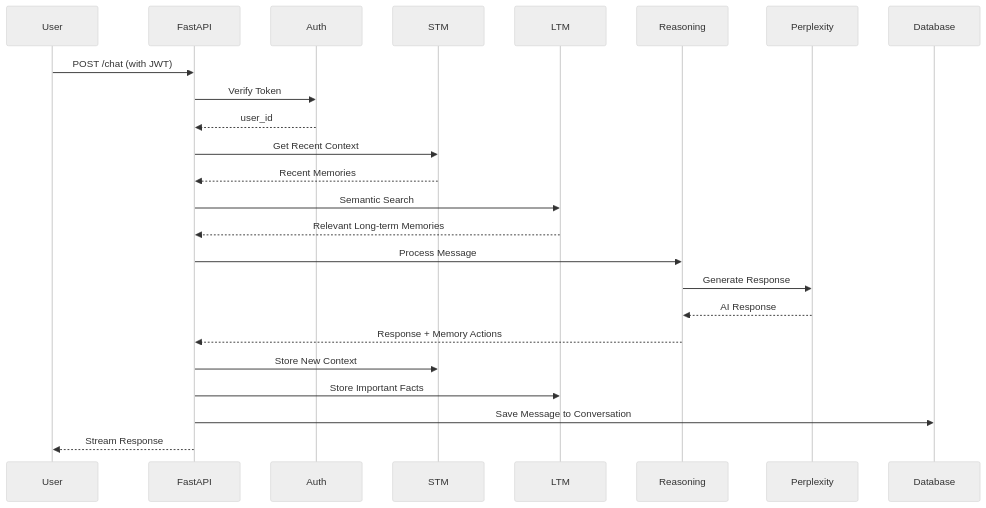
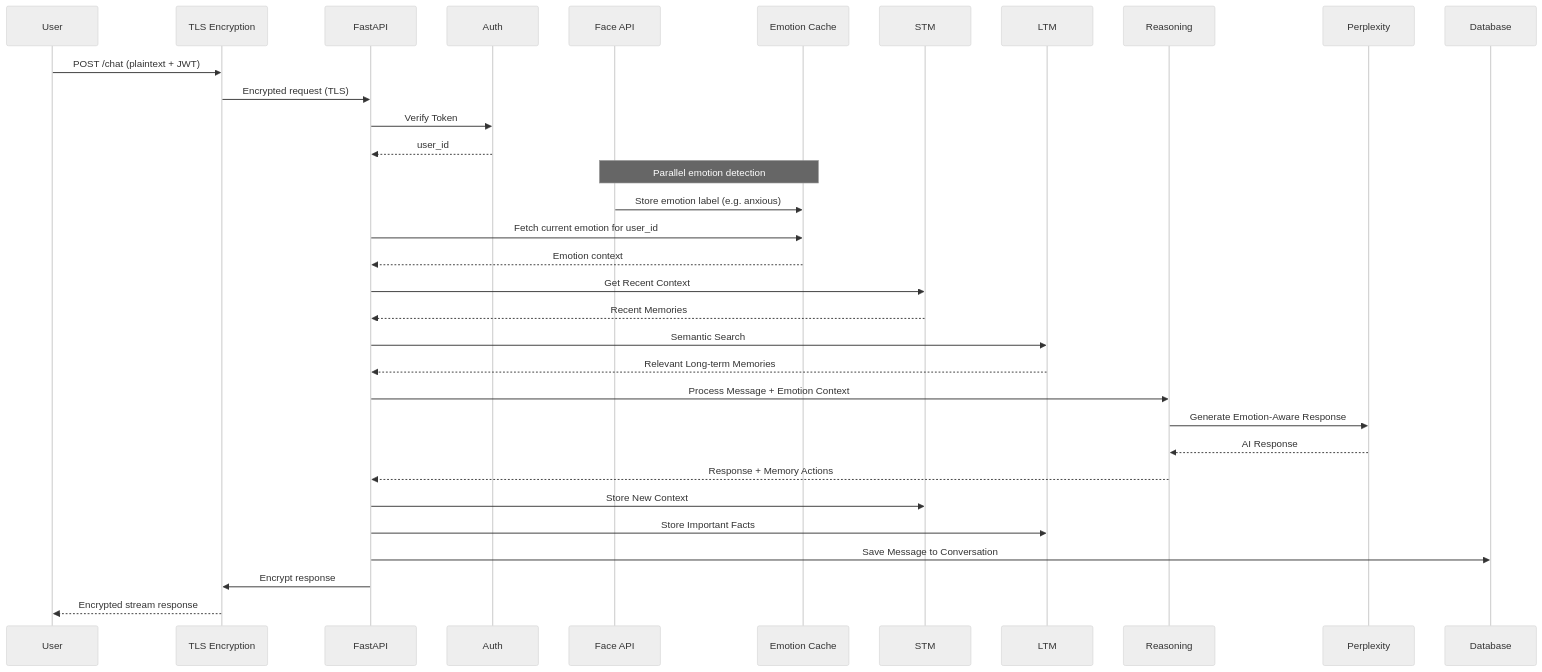
The second of 4 diagrams in README.md (Shashwat-Akhilesh-Shukla/Cognitive-AI), drawn with Mermaid (neutral theme) before and after one commit. The commit also changed other lines of this file and 4 other files, not shown here.

````diff
--- a/README.md
+++ b/README.md
@@ -117,32 +129,42 @@
 ```mermaid
 sequenceDiagram
     participant User
+    participant TLS as TLS Encryption
     participant FastAPI
     participant Auth
+    participant FaceAPI as Face API
+    participant EmotionCache as Emotion Cache
     participant STM
     participant LTM
     participant Reasoning
     participant Perplexity
     participant Database
-    
-    User->>FastAPI: POST /chat (with JWT)
+
+    User->>TLS: POST /chat (plaintext + JWT)
+    TLS->>FastAPI: Encrypted request (TLS)
     FastAPI->>Auth: Verify Token
     Auth-->>FastAPI: user_id
-    
+
+    Note over FaceAPI,EmotionCache: Parallel emotion detection
+    FaceAPI->>EmotionCache: Store emotion label (e.g. anxious)
+    FastAPI->>EmotionCache: Fetch current emotion for user_id
+    EmotionCache-->>FastAPI: Emotion context
+
     FastAPI->>STM: Get Recent Context
     STM-->>FastAPI: Recent Memories
-    
+
     FastAPI->>LTM: Semantic Search
     LTM-->>FastAPI: Relevant Long-term Memories
-    
-    FastAPI->>Reasoning: Process Message
-    Reasoning->>Perplexity: Generate Response
+
+    FastAPI->>Reasoning: Process Message + Emotion Context
+    Reasoning->>Perplexity: Generate Emotion-Aware Response
     Perplexity-->>Reasoning: AI Response
     Reasoning-->>FastAPI: Response + Memory Actions
-    
+
     FastAPI->>STM: Store New Context
     FastAPI->>LTM: Store Important Facts
     FastAPI->>Database: Save Message to Conversation
-    
-    FastAPI-->>User: Stream Response
+
+    FastAPI->>TLS: Encrypt response
+    TLS-->>User: Encrypted stream response
 ```
````
